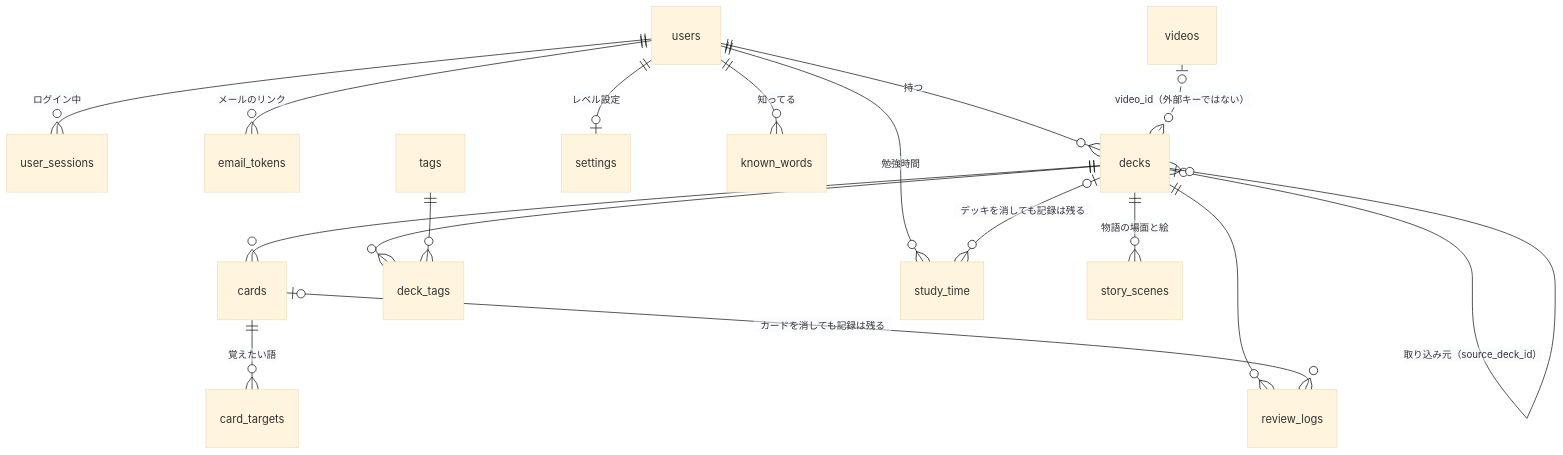
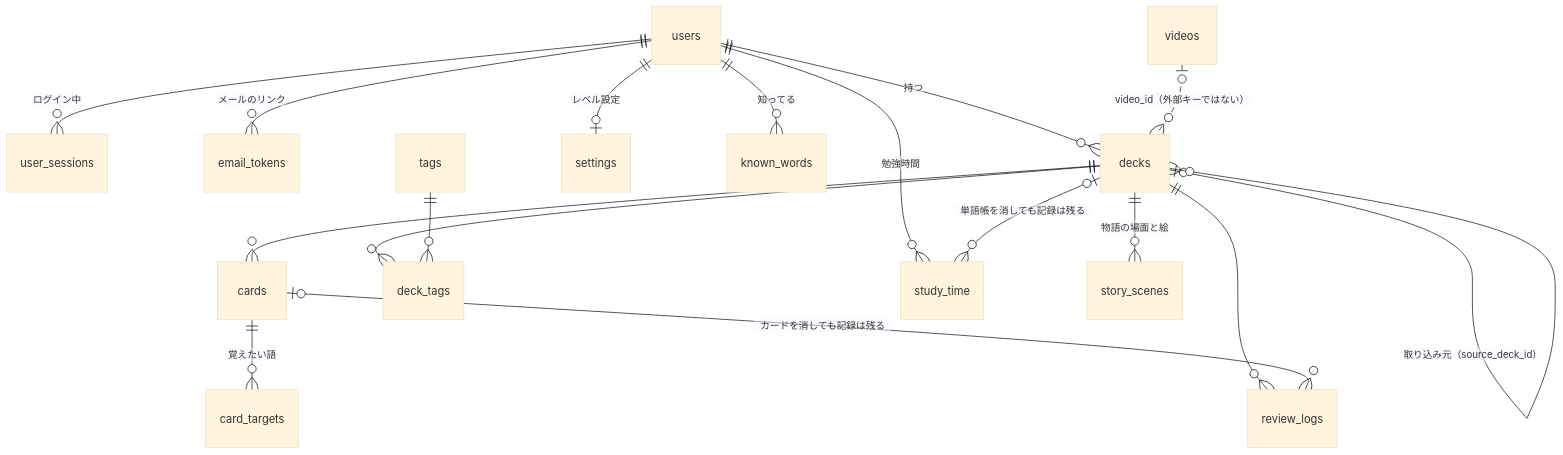
Before and after one commit to keizoku/flashcard-app: the diagram in docs/data-model.md, drawn with Mermaid (base theme). The commit also changed other lines of this file and 64 other files, not shown here.

````diff
--- a/docs/data-model.md
+++ b/docs/data-model.md
@@ -8,19 +8,19 @@
 ```mermaid
 erDiagram
   users ||--o{ user_sessions : "ログイン中"
   users ||--o{ email_tokens : "メールのリンク"
   users ||--o{ decks : "持つ"
   users ||--o| settings : "レベル設定"
   users ||--o{ known_words : "知ってる"
   decks ||--o{ cards : ""
   decks ||--o{ deck_tags : ""
   tags  ||--o{ deck_tags : ""
   cards ||--o{ card_targets : "覚えたい語"
   decks ||--o{ review_logs : ""
   cards |o--o{ review_logs : "カードを消しても記録は残る"
   decks |o--o{ decks : "取り込み元（source_deck_id）"
   videos |o..o{ decks : "video_id（外部キーではない）"
   users ||--o{ study_time : "勉強時間"
-  decks |o--o{ study_time : "デッキを消しても記録は残る"
+  decks |o--o{ study_time : "単語帳を消しても記録は残る"
   decks ||--o{ story_scenes : "物語の場面と絵"
 ```
````
